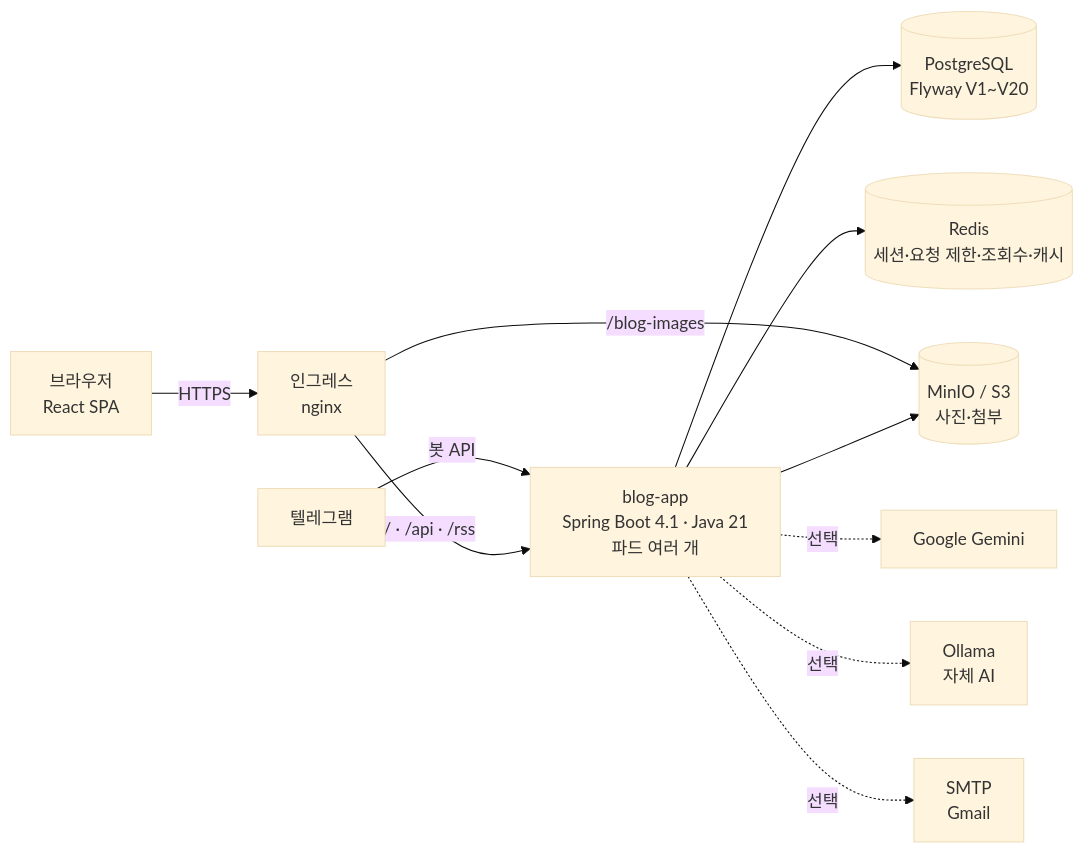
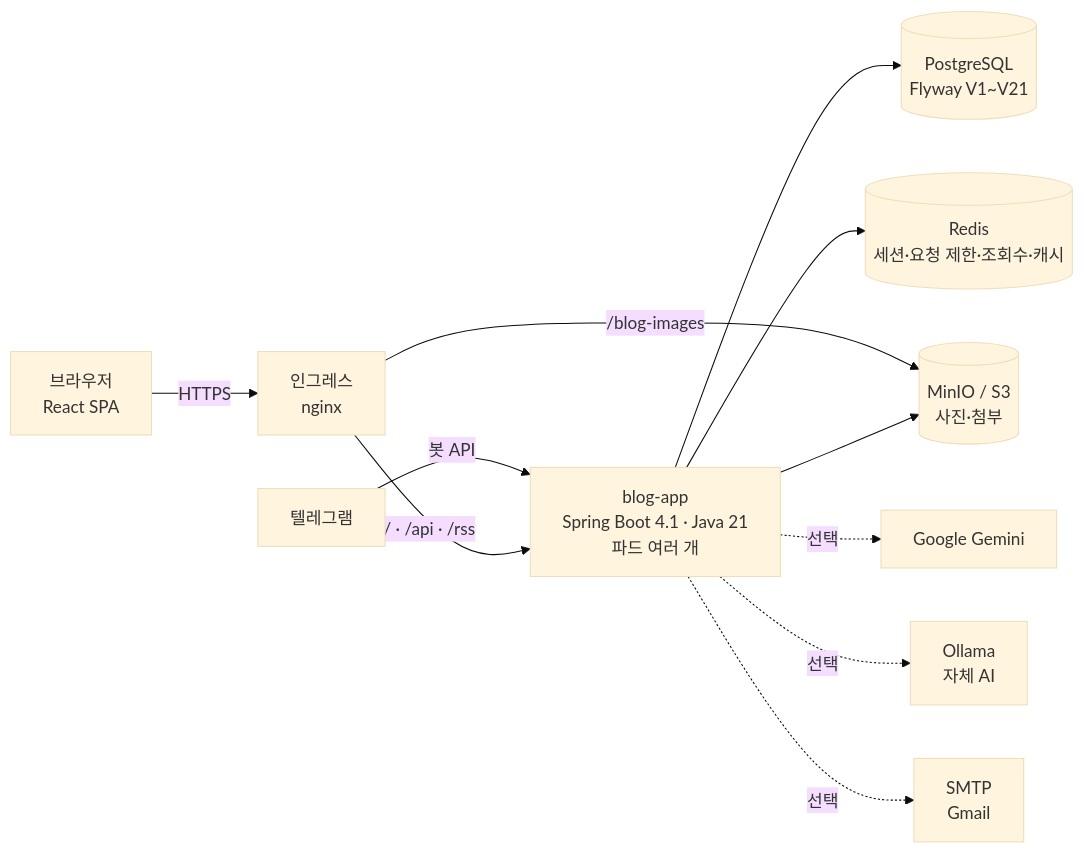
Before and after one commit to AIGJ-01-002-blog/.github: the first of 3 diagrams in profile/README.md, drawn with Mermaid (base theme). The commit also changed other lines of this file, not shown here.

````diff
--- a/profile/README.md
+++ b/profile/README.md
@@ -149,13 +149,13 @@
 ```mermaid
 flowchart LR
     B[브라우저<br/>React SPA] -->|HTTPS| I[인그레스<br/>nginx]
     T[텔레그램] -->|봇 API| A
     I -->|/ · /api · /rss| A[blog-app<br/>Spring Boot 4.1 · Java 21<br/>파드 여러 개]
     I -->|/blog-images| M[(MinIO / S3<br/>사진·첨부)]
-    A --> P[(PostgreSQL<br/>Flyway V1~V20)]
+    A --> P[(PostgreSQL<br/>Flyway V1~V21)]
     A --> R[(Redis<br/>세션·요청 제한·조회수·캐시)]
     A --> M
     A -.선택.-> G[Google Gemini]
     A -.선택.-> O[Ollama<br/>자체 AI]
     A -.선택.-> S[SMTP<br/>Gmail]
 ```
````
